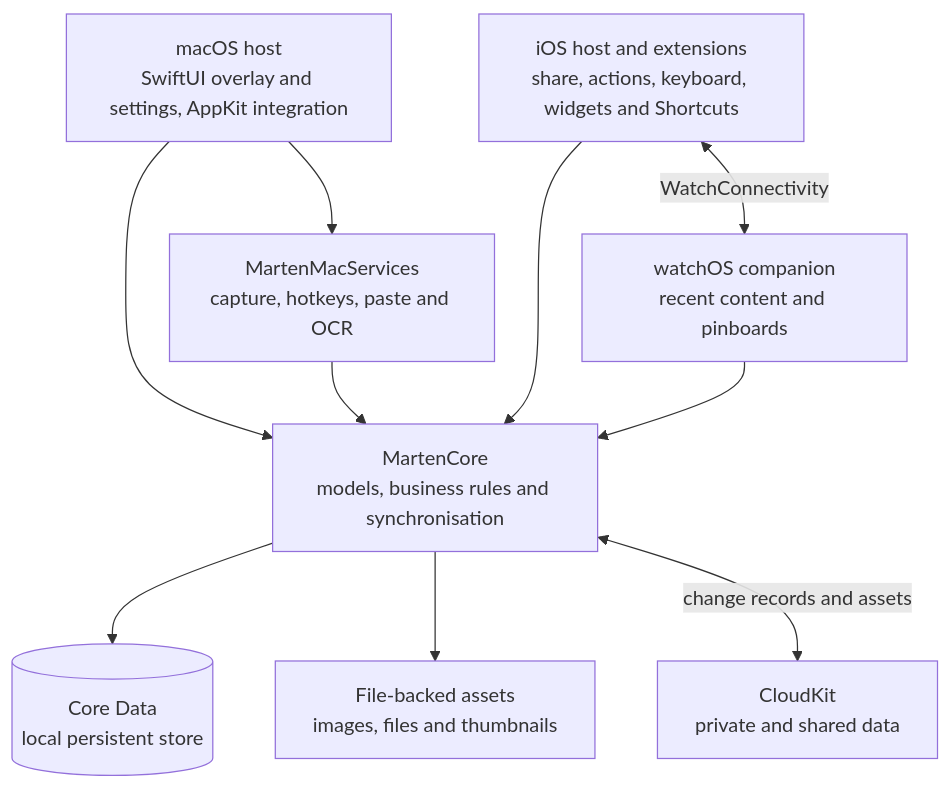
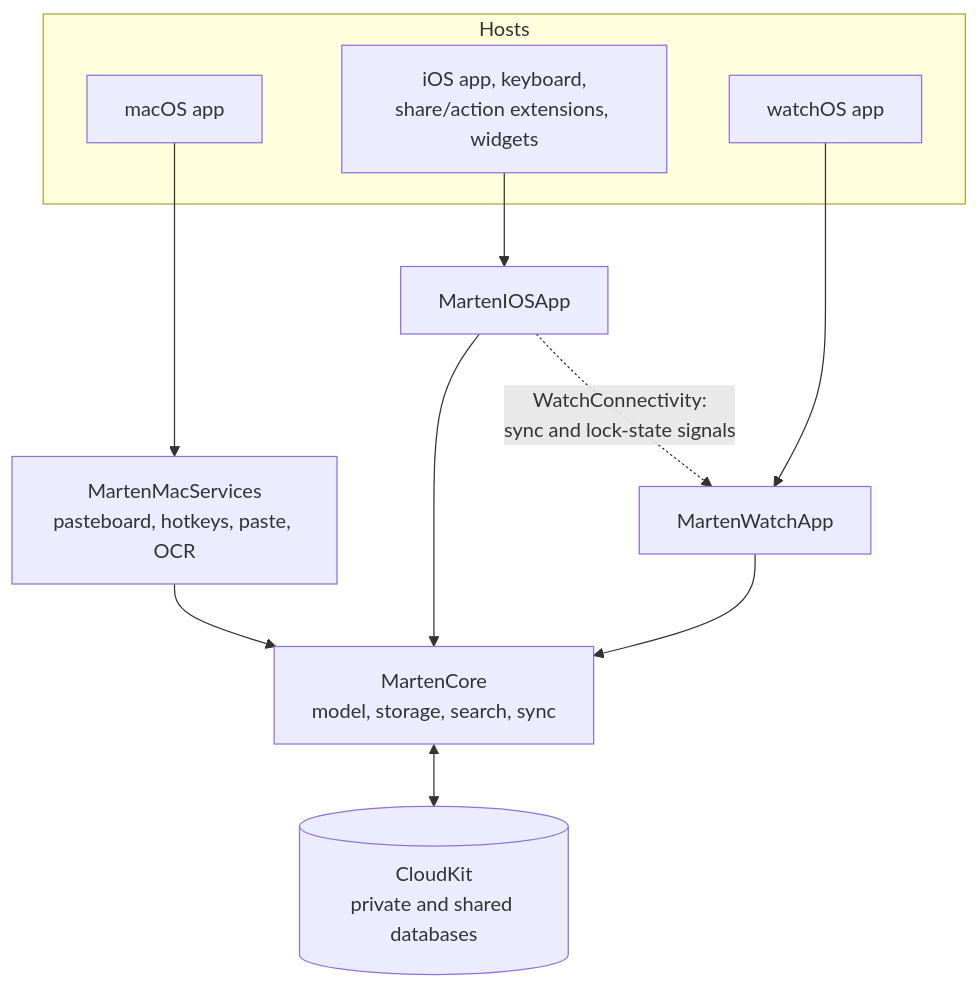
The second of 2 diagrams in README.md (Daniil-Hirchyts/Marten), drawn with Mermaid before and after one commit. The commit also changed other lines of this file and 13 other files, not shown here.

````diff
--- a/README.md
+++ b/README.md
@@ -111,21 +82,19 @@
 ```mermaid
 flowchart TB
-    MAC[macOS host<br/>SwiftUI overlay and settings, AppKit integration]
-    SERVICES[MartenMacServices<br/>capture, hotkeys, paste and OCR]
-    IOS[iOS host and extensions<br/>share, actions, keyboard, widgets and Shortcuts]
-    WATCH[watchOS companion<br/>recent content and pinboards]
-    CORE[MartenCore<br/>models, business rules and synchronisation]
-    DB[(Core Data<br/>local persistent store)]
-    ASSETS[File-backed assets<br/>images, files and thumbnails]
-    CLOUD[CloudKit<br/>private and shared data]
+    subgraph Hosts
+        MAC[macOS app]
+        IOS[iOS app, keyboard,<br/>share/action extensions, widgets]
+        WATCH[watchOS app]
+    end
+    MACSVC[MartenMacServices<br/>pasteboard, hotkeys, paste, OCR]
+    IOSAPP[MartenIOSApp]
+    WATCHAPP[MartenWatchApp]
+    CORE[MartenCore<br/>model, storage, search, sync]
+    CK[(CloudKit<br/>private and shared databases)]
 
-    MAC --> SERVICES
-    MAC --> CORE
-    SERVICES --> CORE
-    IOS --> CORE
-    IOS <-->|WatchConnectivity| WATCH
-    WATCH --> CORE
-    CORE --> DB
-    CORE --> ASSETS
-    CORE <-->|change records and assets| CLOUD
+    MAC --> MACSVC --> CORE
+    IOS --> IOSAPP --> CORE
+    WATCH --> WATCHAPP --> CORE
+    CORE <--> CK
+    IOSAPP -. WatchConnectivity:<br/>sync and lock-state signals .-> WATCHAPP
 ```
````
